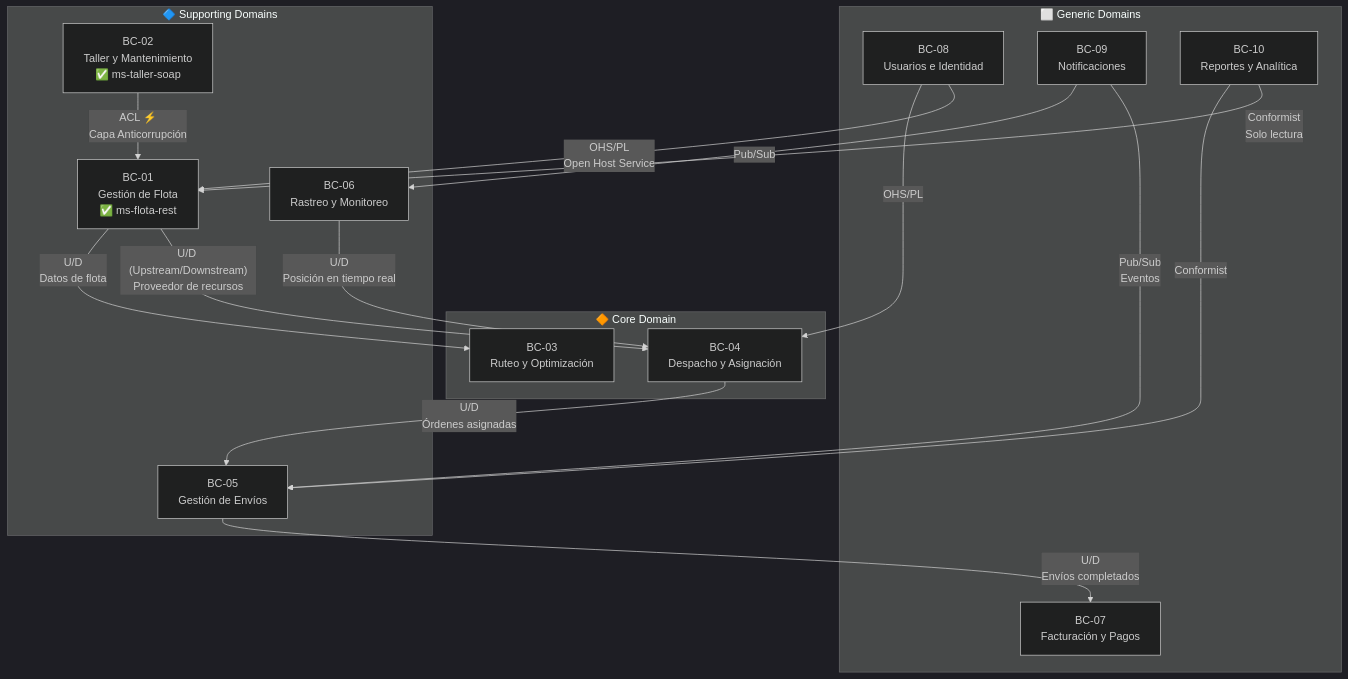
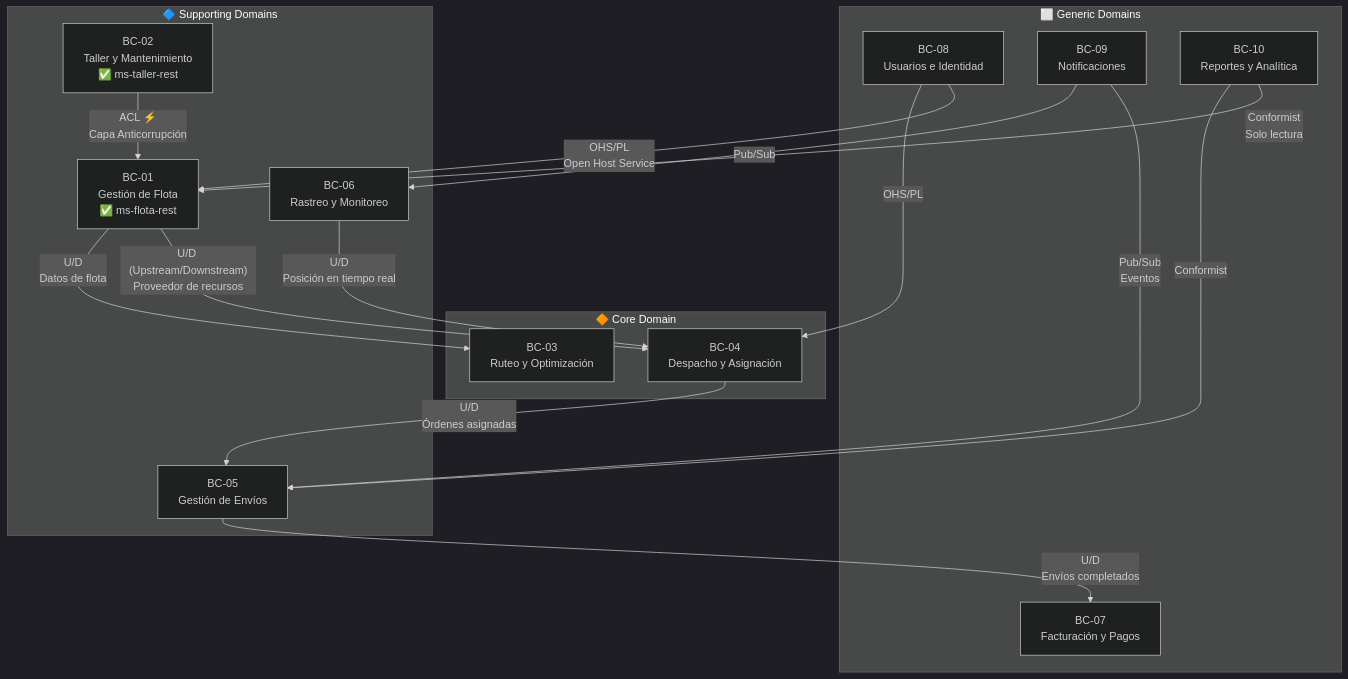
Before and after one commit to JeanSaltos/Proyecto1_F1_Arquitectura: the second of 2 diagrams in DDD_ANALYSIS.md, drawn with Mermaid (dark theme). The commit also changed other lines of this file and 2 other files, not shown here.

Commit message:
Fix ci.yml to use ms-taller-rest and update docs

````diff
--- a/DDD_ANALYSIS.md
+++ b/DDD_ANALYSIS.md
@@ -254,35 +254,35 @@
 ```mermaid
 graph TB
     subgraph Core["🔶 Core Domain"]
         BC03["BC-03<br/>Ruteo y Optimización"]
         BC04["BC-04<br/>Despacho y Asignación"]
     end
 
     subgraph Support["🔷 Supporting Domains"]
         BC01["BC-01<br/>Gestión de Flota<br/>✅ ms-flota-rest"]
-        BC02["BC-02<br/>Taller y Mantenimiento<br/>✅ ms-taller-soap"]
+        BC02["BC-02<br/>Taller y Mantenimiento<br/>✅ ms-taller-rest"]
         BC05["BC-05<br/>Gestión de Envíos"]
         BC06["BC-06<br/>Rastreo y Monitoreo"]
     end
 
     subgraph Generic["⬜ Generic Domains"]
         BC07["BC-07<br/>Facturación y Pagos"]
         BC08["BC-08<br/>Usuarios e Identidad"]
         BC09["BC-09<br/>Notificaciones"]
         BC10["BC-10<br/>Reportes y Analítica"]
     end
 
     %% Relaciones del Context Map
     BC01 -->|"U/D (Upstream/Downstream)<br/>Proveedor de recursos"| BC04
     BC01 -->|"U/D<br/>Datos de flota"| BC03
     BC02 -->|"ACL ⚡<br/>Capa Anticorrupción"| BC01
     BC04 -->|"U/D<br/>Órdenes asignadas"| BC05
     BC06 -->|"U/D<br/>Posición en tiempo real"| BC04
     BC05 -->|"U/D<br/>Envíos completados"| BC07
     BC08 -->|"OHS/PL<br/>Open Host Service"| BC01
     BC08 -->|"OHS/PL"| BC04
     BC09 -->|"Pub/Sub<br/>Eventos"| BC05
     BC09 -->|"Pub/Sub"| BC06
     BC10 -->|"Conformist<br/>Solo lectura"| BC01
     BC10 -->|"Conformist"| BC05
 ```
````
